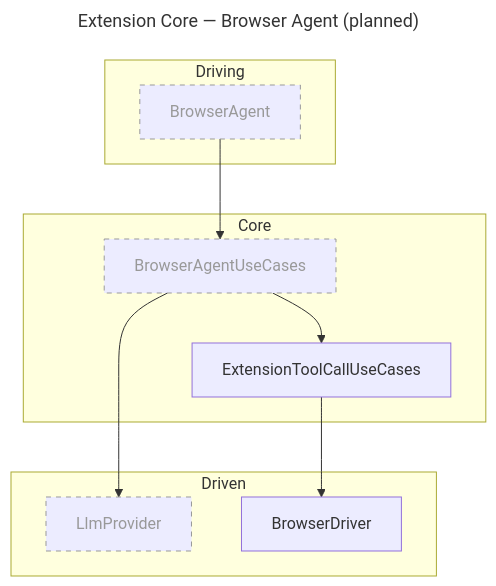
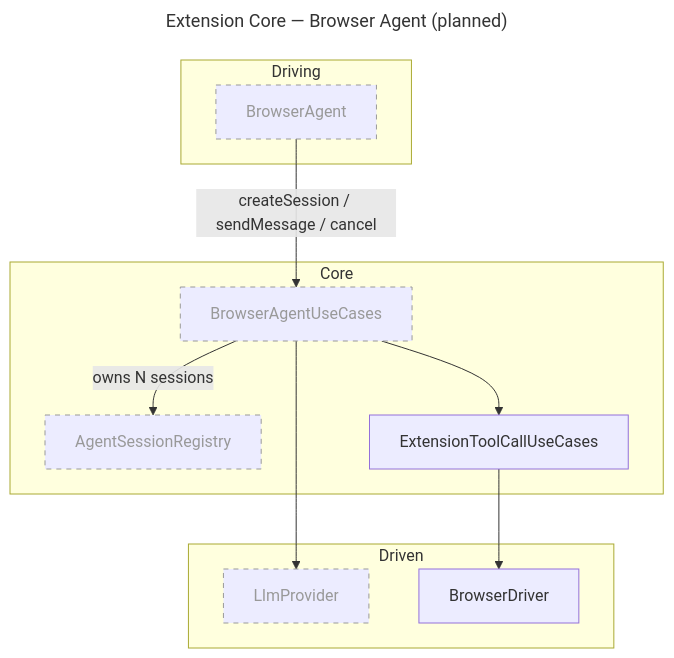
The seventh of 11 diagrams in docs/architecture.md (ndthanhdev/mcp-browser-kit), drawn with Mermaid before and after one commit. The commit also changed other lines of this file and 6 other files, not shown here.

First line of the commit message:
feat: add BrowserAgent driving contract with agent sessions (#147)

````diff
--- a/docs/architecture.md
+++ b/docs/architecture.md
@@ -189,24 +199,26 @@
 ```mermaid
 ---
 title: Extension Core — Browser Agent (planned)
 ---
 flowchart TB
   subgraph Driving["Driving"]
     BrowserAgent
   end
   subgraph Core["Core"]
     BrowserAgentUseCases
+    AgentSessionRegistry
     ExtensionToolCallUseCases
   end
   subgraph Driven["Driven"]
     LlmProvider
     BrowserDriver
   end
-  BrowserAgent --> BrowserAgentUseCases
+  BrowserAgent -->|"createSession / sendMessage / cancel"| BrowserAgentUseCases
+  BrowserAgentUseCases -->|"owns N sessions"| AgentSessionRegistry
   BrowserAgentUseCases --> LlmProvider
   BrowserAgentUseCases --> ExtensionToolCallUseCases
   ExtensionToolCallUseCases --> BrowserDriver
 
   classDef planned stroke-dasharray:5 5,stroke:#999,color:#999;
-  class BrowserAgent,BrowserAgentUseCases,LlmProvider planned;
+  class BrowserAgent,BrowserAgentUseCases,AgentSessionRegistry,LlmProvider planned;
 ```
````
